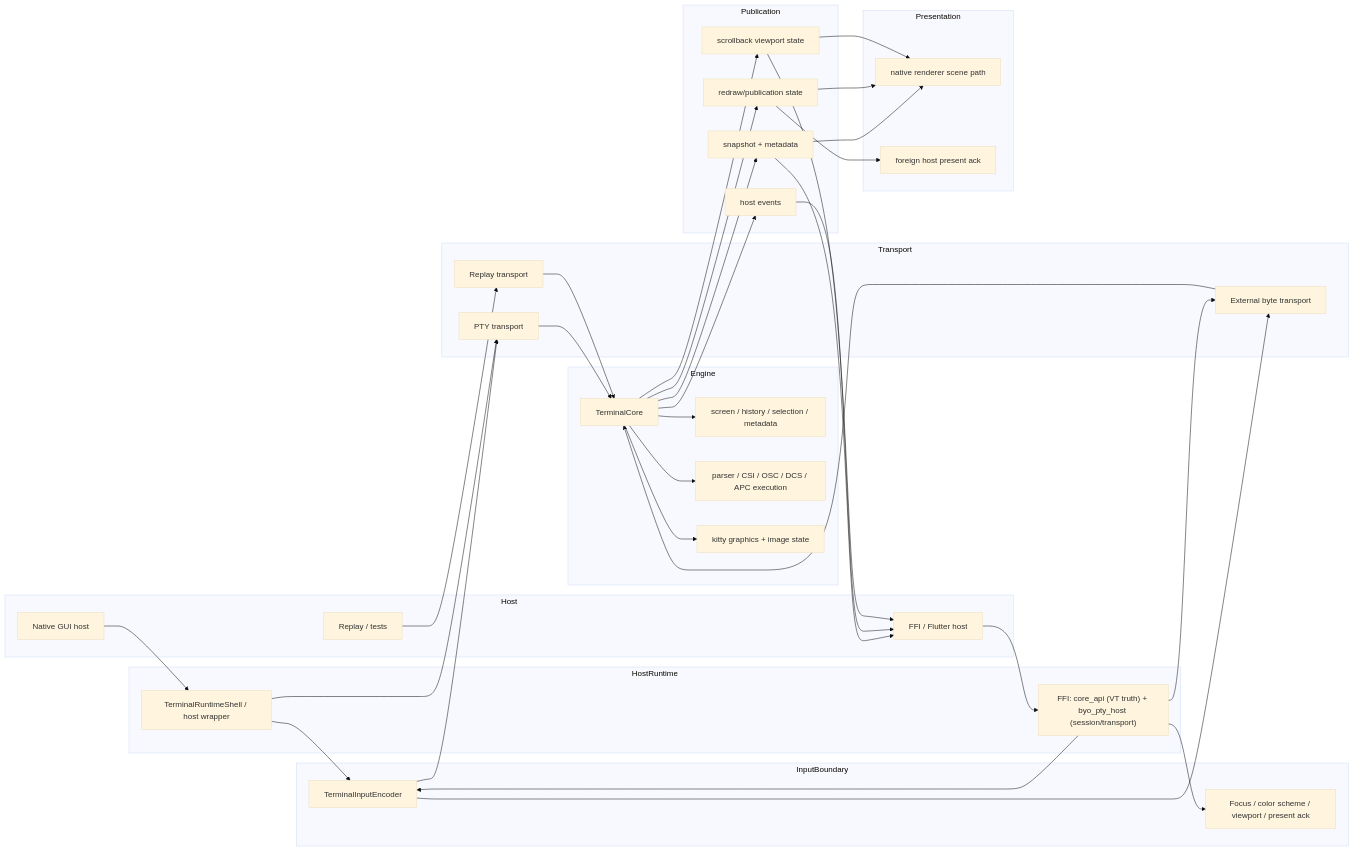
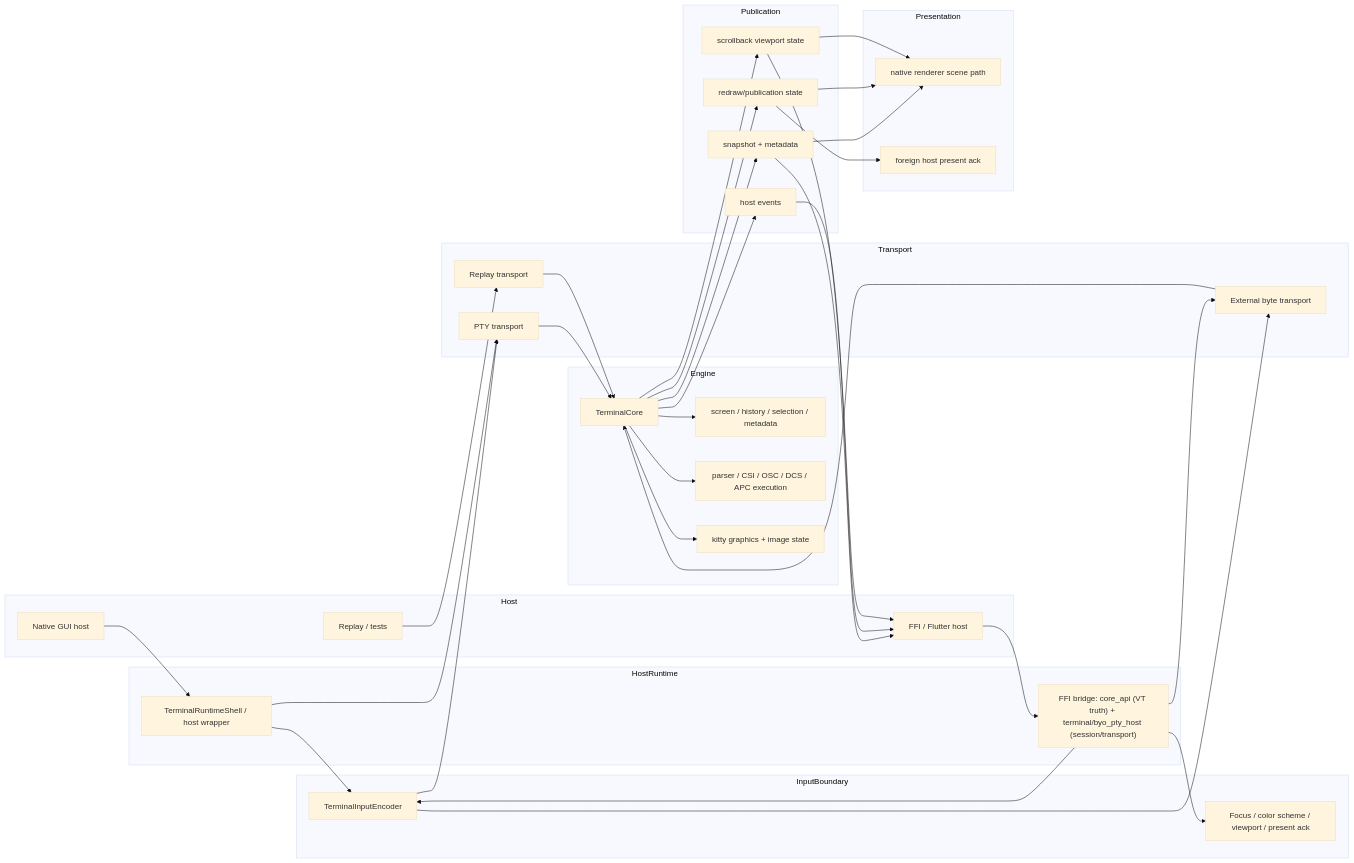
The second of 4 diagrams in app_architecture/terminal/TERMINAL_SUBSYSTEM_LAYERS.md (LaurenceGuws/Zide), drawn with Mermaid (base theme) before and after one commit. The commit also changed other lines of this file and 3 other files, not shown here.

````diff
--- a/app_architecture/terminal/TERMINAL_SUBSYSTEM_LAYERS.md
+++ b/app_architecture/terminal/TERMINAL_SUBSYSTEM_LAYERS.md
@@ -59,77 +59,77 @@
 ```mermaid
 flowchart LR
     subgraph Host
         Native["Native GUI host"]
         FFI["FFI / Flutter host"]
         Replay["Replay / tests"]
     end
 
     subgraph HostRuntime
         Shell["TerminalRuntimeShell / host wrapper"]
-        Bridge["FFI: core_api (VT truth) + byo_pty_host (session/transport)"]
+        Bridge["FFI bridge: core_api (VT truth) + terminal/byo_pty_host (session/transport)"]
     end
 
     subgraph InputBoundary
         Encoder["TerminalInputEncoder"]
         HostSignals["Focus / color scheme / viewport / present ack"]
     end
 
     subgraph Transport
         Pty["PTY transport"]
         External["External byte transport"]
         Fixture["Replay transport"]
     end
 
     subgraph Engine
         Core["TerminalCore"]
         Model["screen / history / selection / metadata"]
         Protocol["parser / CSI / OSC / DCS / APC execution"]
         Graphics["kitty graphics + image state"]
     end
 
     subgraph Publication
         Snapshot["snapshot + metadata"]
         Events["host events"]
         Redraw["redraw/publication state"]
         Viewport["scrollback viewport state"]
     end
 
     subgraph Presentation
         NativeRender["native renderer scene path"]
         ForeignPresent["foreign host present ack"]
     end
 
     Native --> Shell
     FFI --> Bridge
     Replay --> Fixture
 
     Shell --> Encoder
     Shell --> Pty
     Bridge --> Encoder
     Bridge --> External
     Bridge --> HostSignals
 
     Encoder --> Pty
     Encoder --> External
 
     Pty --> Core
     External --> Core
     Fixture --> Core
 
     Core --> Model
     Core --> Protocol
     Core --> Graphics
 
     Core --> Snapshot
     Core --> Events
     Core --> Redraw
     Core --> Viewport
 
     Snapshot --> NativeRender
     Snapshot --> FFI
     Events --> FFI
     Redraw --> NativeRender
     Redraw --> ForeignPresent
     Viewport --> NativeRender
     Viewport --> FFI
 ```
````
